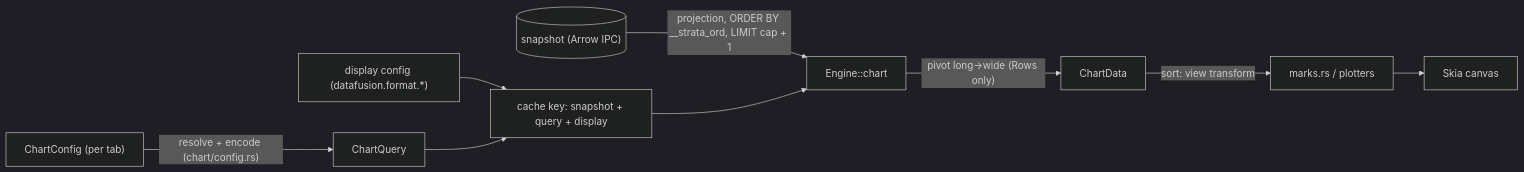
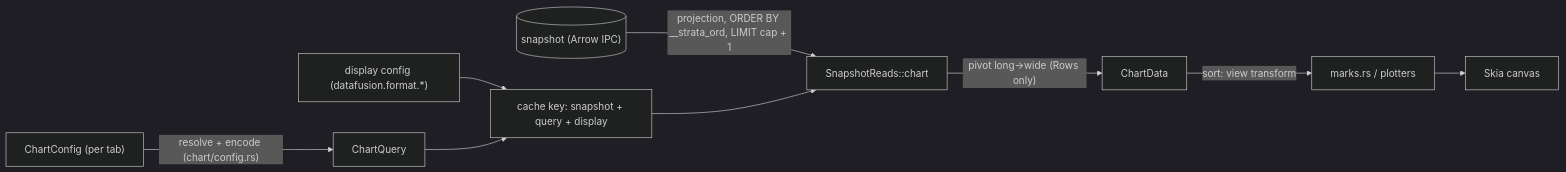
The diagram in docs/CHART_SPEC.md (alexparlett/strata), drawn with Mermaid (dark theme) before and after one commit. The commit also changed other lines of this file and 98 other files, not shown here.

````diff
--- a/docs/CHART_SPEC.md
+++ b/docs/CHART_SPEC.md
@@ -126,11 +127,11 @@
 ```mermaid
 flowchart LR
-    S[("snapshot (Arrow IPC)")] -->|"projection, ORDER BY __strata_ord, LIMIT cap + 1"| R["Engine::chart"]
+    S[("snapshot (Arrow IPC)")] -->|"projection, ORDER BY __strata_ord, LIMIT cap + 1"| R["SnapshotReads::chart"]
     C["ChartConfig (per tab)"] -->|"resolve + encode (chart/config.rs)"| Q[ChartQuery]
     D["display config (datafusion.format.*)"] --> K
     Q --> K["cache key: snapshot + query + display"]
     K --> R
     R -->|"pivot long→wide (Rows only)"| A[ChartData]
     A -->|"sort: view transform"| M["marks.rs / plotters"]
     M --> P[Skia canvas]
 ```
````
